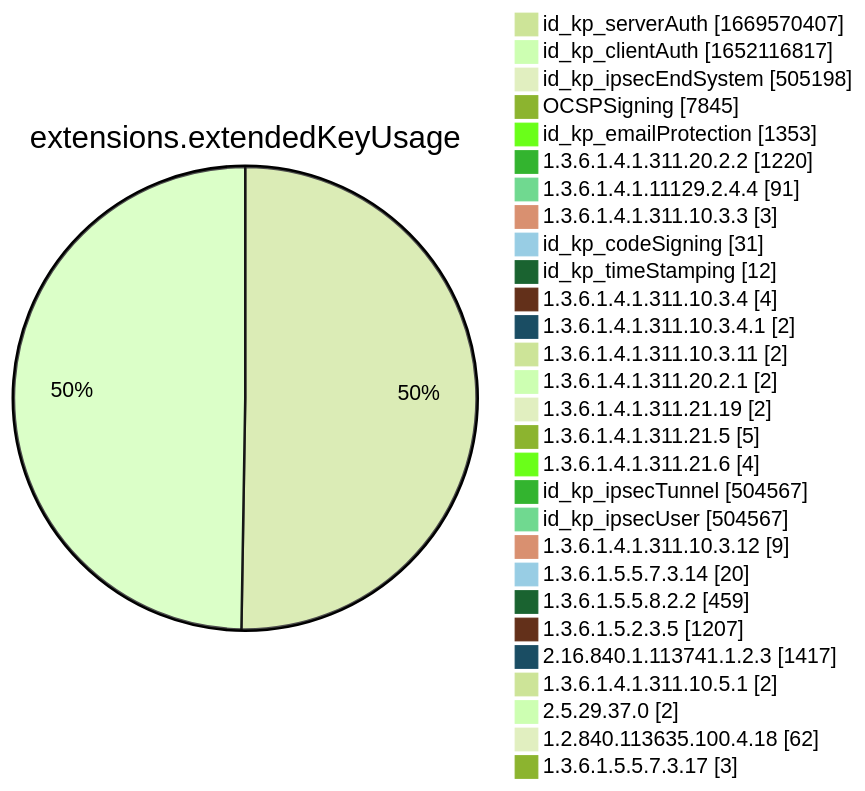
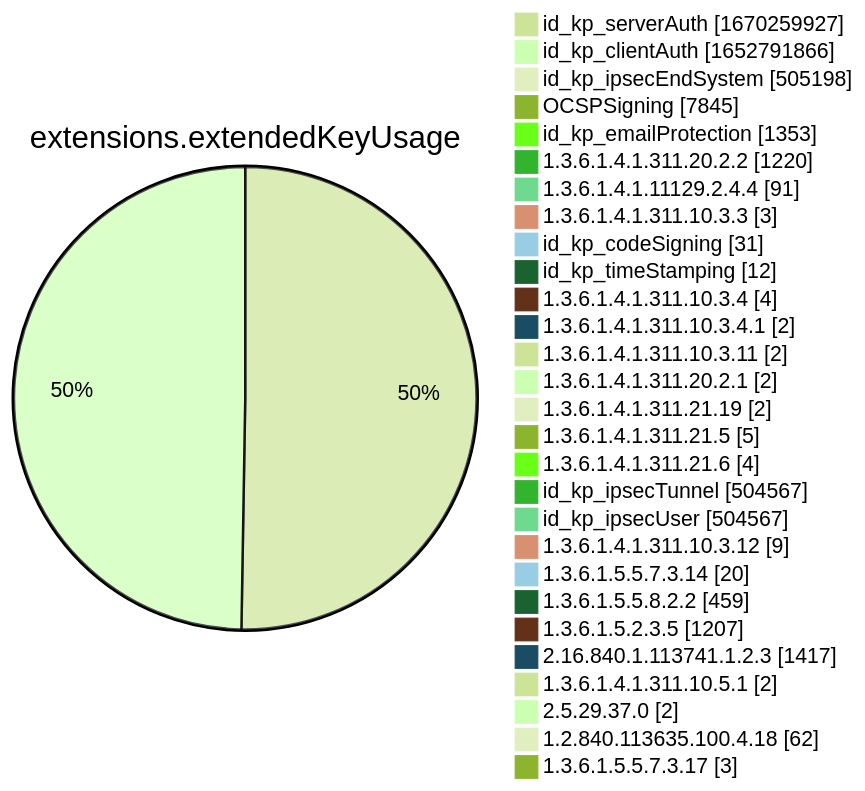
One commit to christiankrug/ctmonitor_visualization changed diagram 12 of 15 in xenon2022/README.md. Above: the diagram before and after it, drawn with Mermaid (forest theme). The commit also changed other lines of this file, not shown here.

````diff
--- a/xenon2022/README.md
+++ b/xenon2022/README.md
@@ -3887,32 +3887,32 @@
 ```mermaid
 pie showData
 title extensions.extendedKeyUsage
-"id_kp_serverAuth" :1669570407
-"id_kp_clientAuth" :1652116817
+"id_kp_serverAuth" :1670259927
+"id_kp_clientAuth" :1652791866
 "id_kp_ipsecEndSystem" :505198
 "OCSPSigning" :7845
 "id_kp_emailProtection" :1353
 "1.3.6.1.4.1.311.20.2.2" :1220
 "1.3.6.1.4.1.11129.2.4.4" :91
 "1.3.6.1.4.1.311.10.3.3" :3
 "id_kp_codeSigning" :31
 "id_kp_timeStamping" :12
 "1.3.6.1.4.1.311.10.3.4" :4
 "1.3.6.1.4.1.311.10.3.4.1" :2
 "1.3.6.1.4.1.311.10.3.11" :2
 "1.3.6.1.4.1.311.20.2.1" :2
 "1.3.6.1.4.1.311.21.19" :2
 "1.3.6.1.4.1.311.21.5" :5
 "1.3.6.1.4.1.311.21.6" :4
 "id_kp_ipsecTunnel" :504567
 "id_kp_ipsecUser" :504567
 "1.3.6.1.4.1.311.10.3.12" :9
 "1.3.6.1.5.5.7.3.14" :20
 "1.3.6.1.5.5.8.2.2" :459
 "1.3.6.1.5.2.3.5" :1207
 "2.16.840.1.113741.1.2.3" :1417
 "1.3.6.1.4.1.311.10.5.1" :2
 "2.5.29.37.0" :2
 "1.2.840.113635.100.4.18" :62
 "1.3.6.1.5.5.7.3.17" :3
 ```
````
